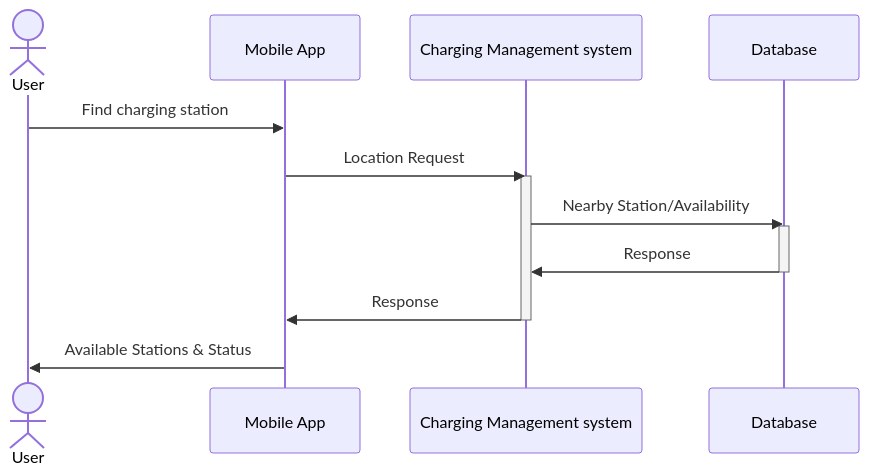
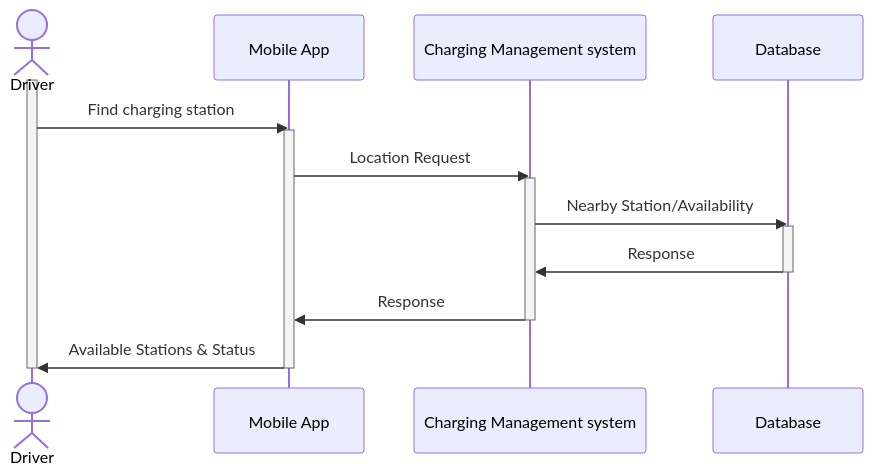
Before and after one commit to donacj/MoroTechAssignment: the first of 2 diagrams in README.md, drawn with Mermaid. The commit also changed other lines of this file, not shown here.

````diff
--- a/README.md
+++ b/README.md
@@ -3,17 +12,21 @@
 ```mermaid
 sequenceDiagram
-    actor User
+    actor User as Driver
     participant MA as Mobile App
     participant CMS as Charging Management system
     participant DB as Database
+    activate User
     User->>MA: Find charging station
+    activate MA
     MA->>CMS:Location Request
     activate CMS
     CMS->> DB: Nearby Station/Availability
     activate DB
     DB->> CMS:Response
     deactivate DB
     CMS->> MA: Response
     deactivate CMS
     MA->> User:Available Stations & Status
+    deactivate MA
+    deactivate User
 ```
````
